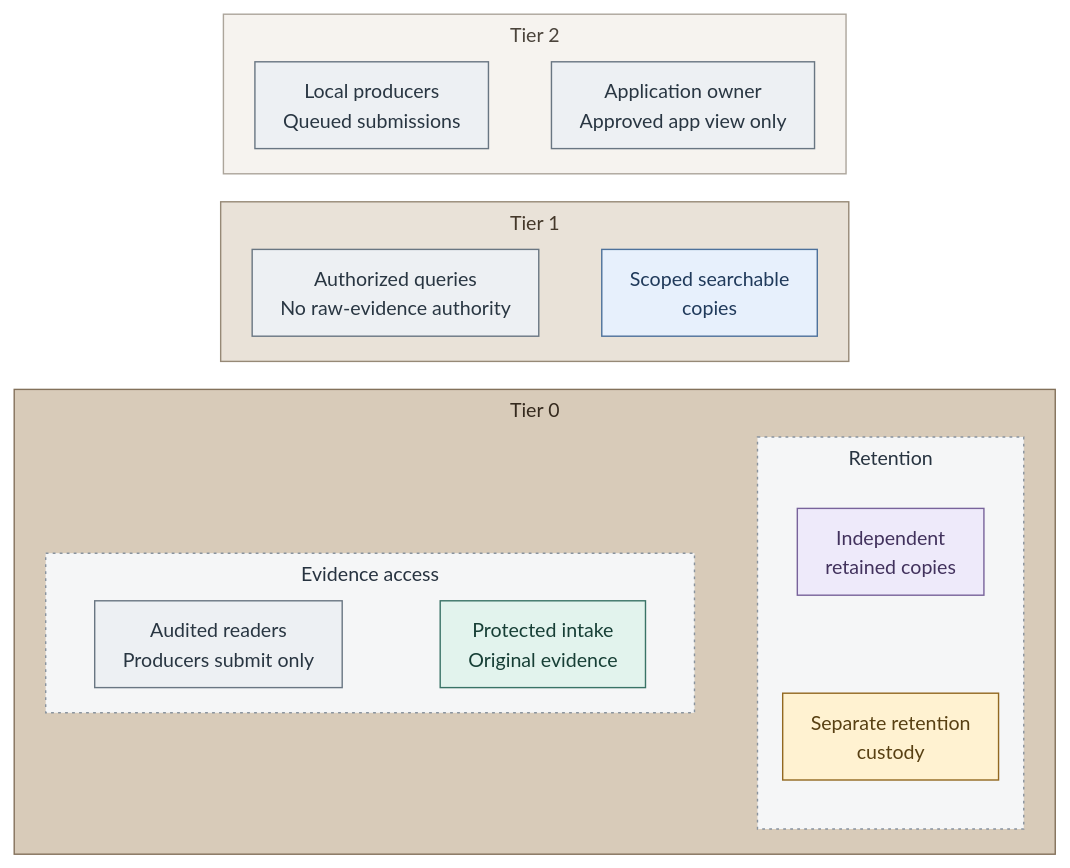
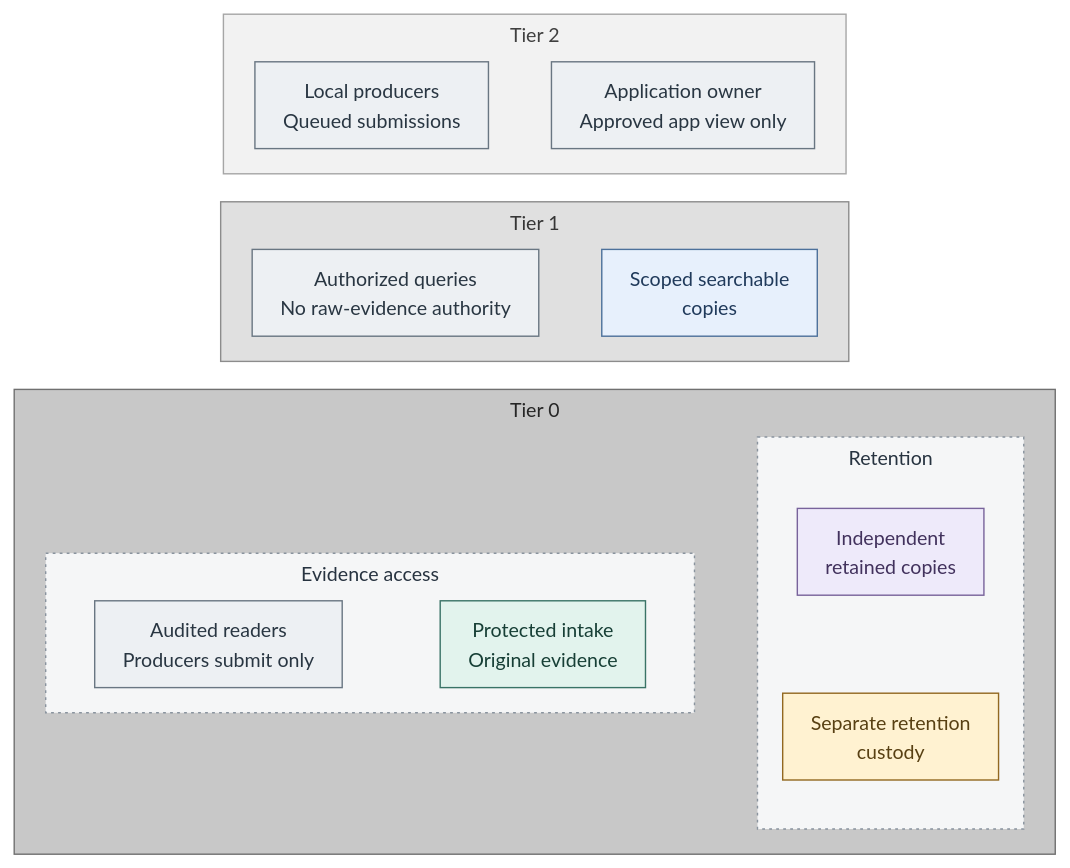
The first of 2 diagrams in docs/01-architecture/11-operations/01-protected-logging.md (Rexus/homelab), drawn with Mermaid before and after one commit. The commit also changed 91 other files, not shown here.

First line of the commit message:
docs(operations): document VMID cutover and align diagram colors

````diff
--- a/docs/01-architecture/11-operations/01-protected-logging.md
+++ b/docs/01-architecture/11-operations/01-protected-logging.md
@@ -15,52 +15,52 @@
 ```mermaid
 %%{init: {"theme":"base","flowchart":{"nodeSpacing":16,"rankSpacing":20,"padding":10,"subGraphTitleMargin":{"top":4,"bottom":12}},"themeVariables":{"lineColor":"#627581","edgeLabelBackground":"#f8fafc","fontFamily":"Arial, sans-serif","fontSize":"14px"},"fontFamily":"Arial, sans-serif"}}%%
 flowchart TB
   subgraph T2["Tier 2"]
     direction LR
     Sources["Local producers<br/>Queued submissions"]
     Developer["Application owner<br/>Approved app view only"]
     Sources ~~~ Developer
   end
   subgraph T1["Tier 1"]
     direction LR
     Search["Scoped searchable<br/>copies"]
     Query["Authorized queries<br/>No raw-evidence authority"]
     Query ~~~ Search
   end
   subgraph T0["Tier 0"]
     direction LR
     subgraph Access["Evidence access"]
       direction LR
       Readers["Audited readers<br/>Producers submit only"]
       Logging["Protected intake<br/>Original evidence"]
       Readers ~~~ Logging
     end
     subgraph Preservation["Retention"]
       direction TB
       Retention["Independent<br/>retained copies"]
       Custodians["Separate retention<br/>custody"]
       Retention ~~~ Custodians
     end
     Access ~~~ Preservation
   end
   T2 ~~~ T1 ~~~ T0
   classDef default fill:#f8fafc,stroke:#64748b,color:#1f2937
   classDef actor fill:#edf0f3,stroke:#697682,color:#293642
   classDef control fill:#e2f3ed,stroke:#397366,color:#173f36
   classDef data fill:#eeeafa,stroke:#78639b,color:#42325d
   classDef services fill:#e7f0fc,stroke:#4d719b,color:#203a5b
   classDef custody fill:#fff2d1,stroke:#926820,color:#584013
   class Sources,Developer,Query,Readers actor
   class Logging control
   class Retention data
   class Custodians custody
   class Search services
   classDef group fill:#f5f6f7,stroke:#89939e,color:#273340,stroke-dasharray:2 3
   class Access,Preservation group
-  classDef tier0 fill:#d8cbb9,stroke:#83715a,color:#352a1e
+  classDef tier0 fill:#c8c8c8,stroke:#707070,color:#262626
   class T0 tier0
-  classDef tier1 fill:#e9e2d8,stroke:#968976,color:#44382a
+  classDef tier1 fill:#e0e0e0,stroke:#8c8c8c,color:#363636
   class T1 tier1
-  classDef tier2 fill:#f6f3ef,stroke:#aca59b,color:#4b443c
+  classDef tier2 fill:#f2f2f2,stroke:#a6a6a6,color:#404040
   class T2 tier2
 ```
````
